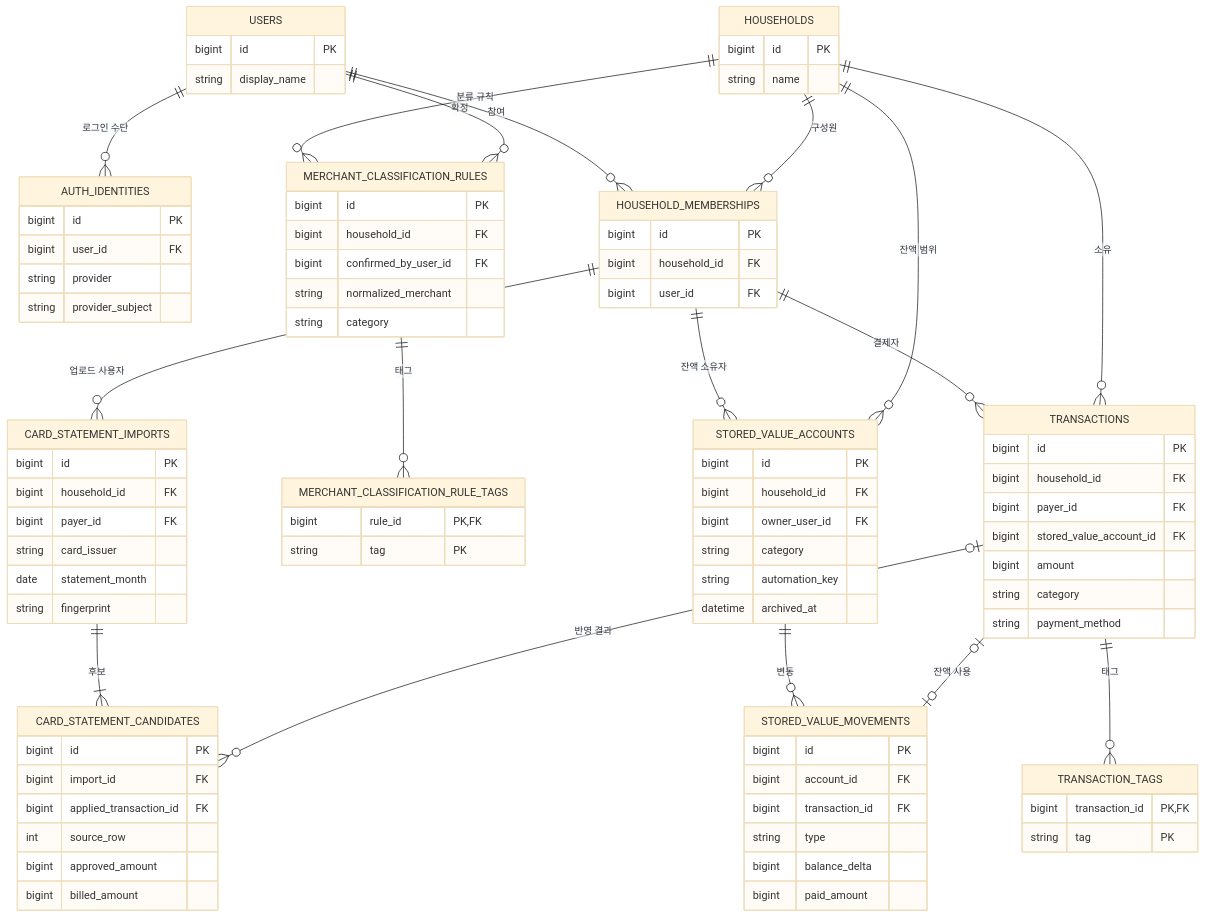
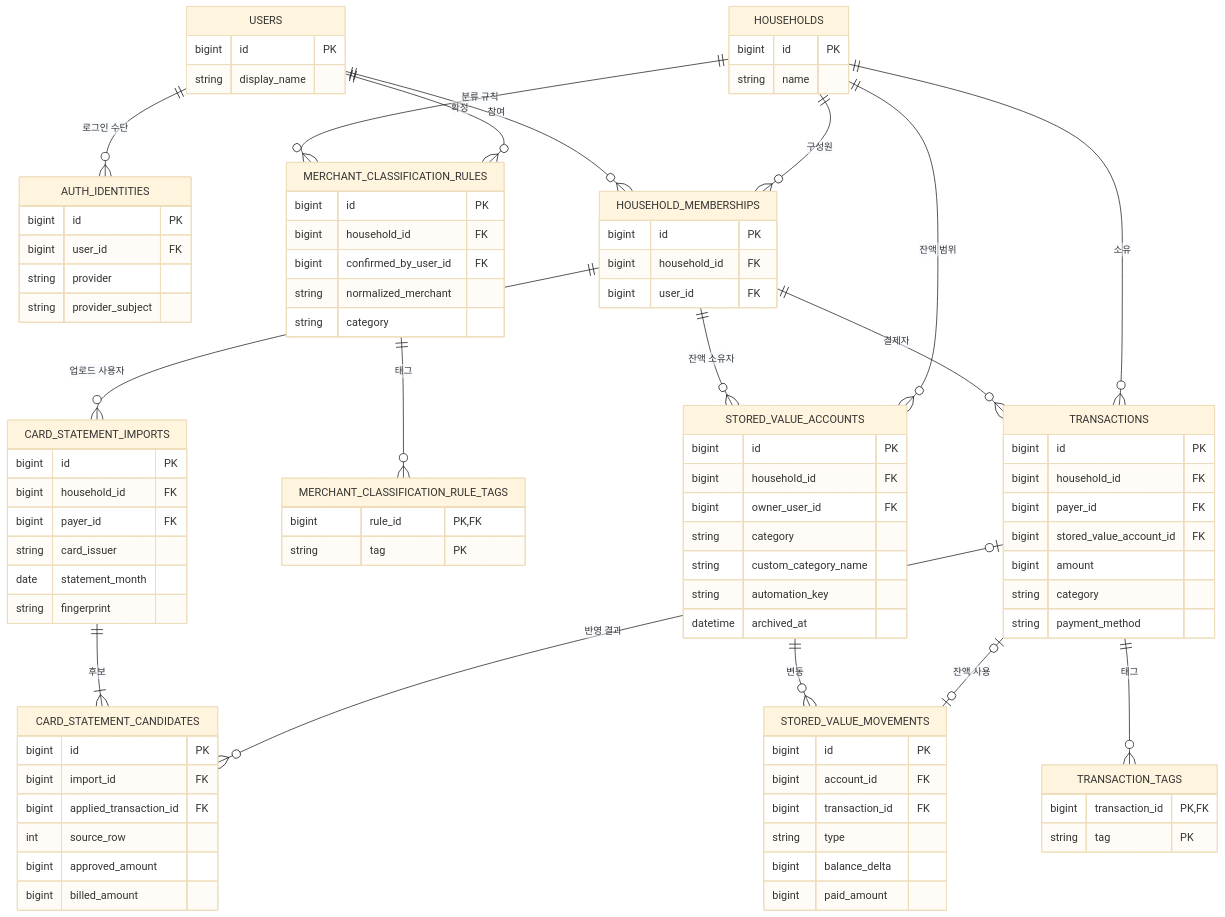
The diagram in docs/DATA_MODEL.md (takeown/woorijip), drawn with Mermaid (base theme) before and after one commit. The commit also changed other lines of this file and 12 other files, not shown here.

```diff
--- a/docs/DATA_MODEL.md
+++ b/docs/DATA_MODEL.md
@@ -91,6 +91,7 @@
         bigint household_id FK
         bigint owner_user_id FK
         string category
+        string custom_category_name
         string automation_key
         datetime archived_at
     }
```
